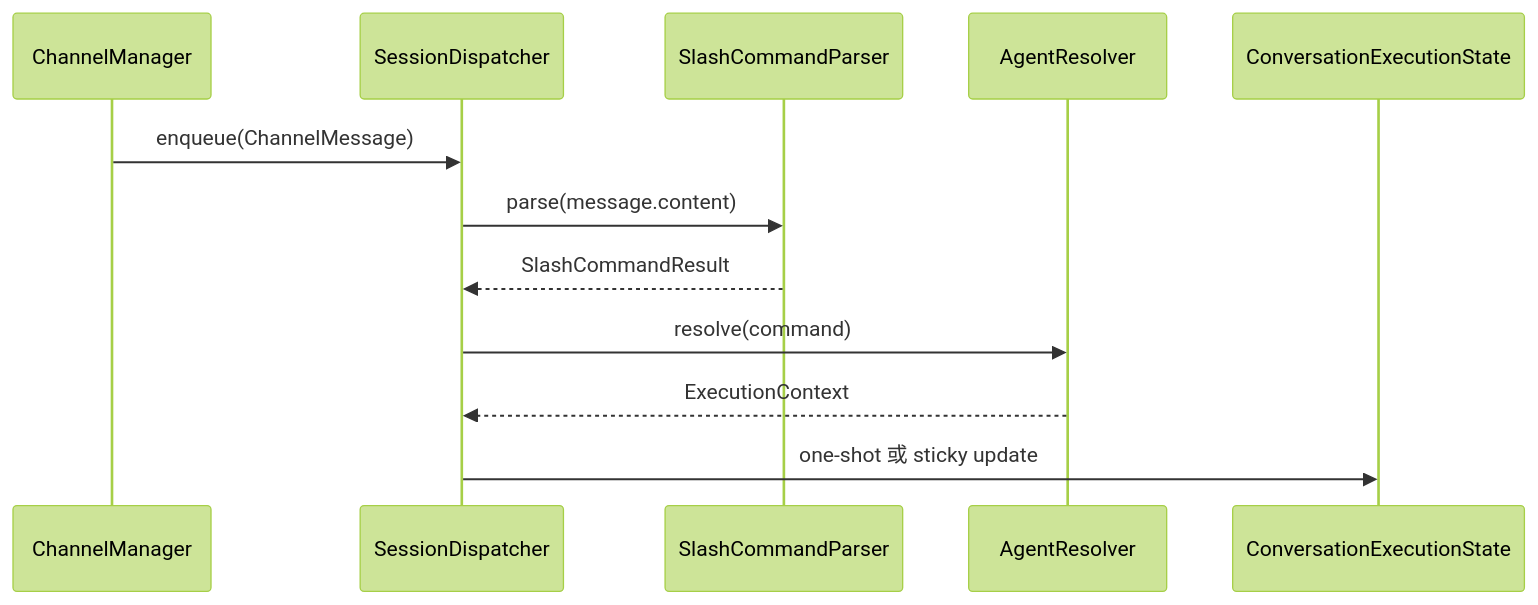
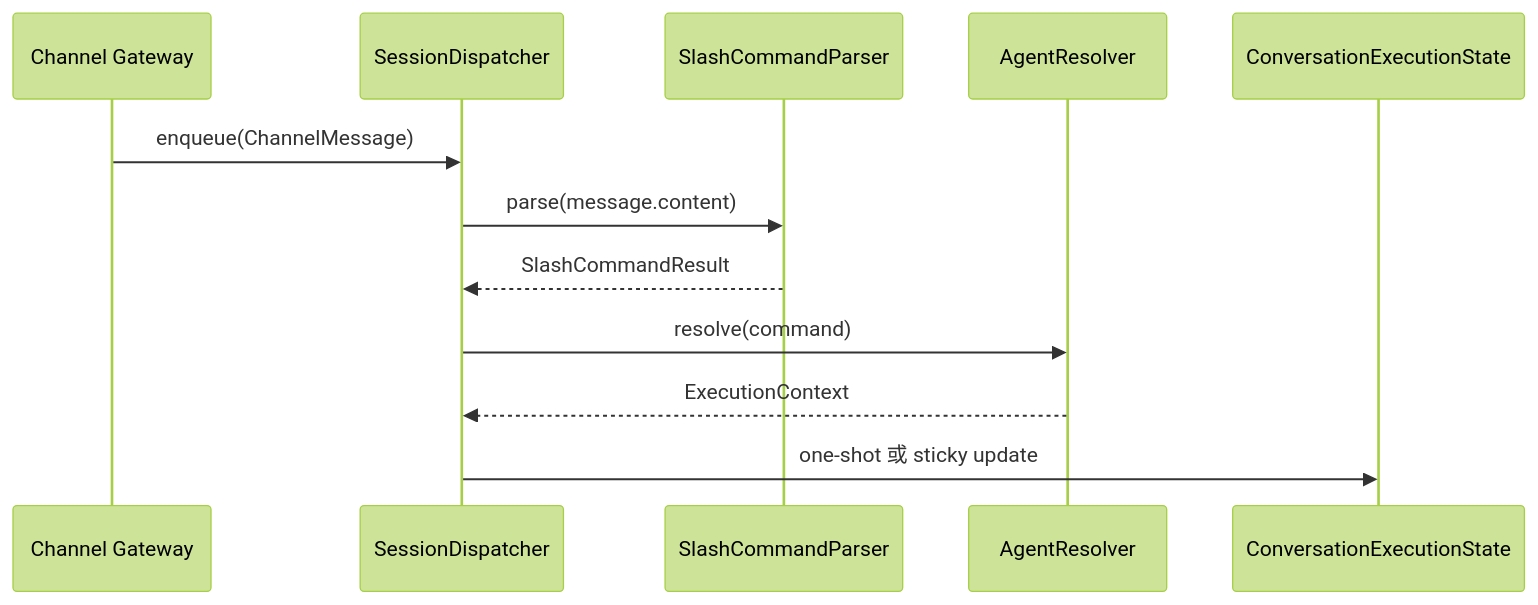
The second of 2 diagrams in docs/architecture/20-message-bus.md (zhuxining/MindClaw), drawn with Mermaid (forest theme) before and after one commit. The commit also changed other lines of this file and 63 other files, not shown here.

````diff
--- a/docs/architecture/20-message-bus.md
+++ b/docs/architecture/20-message-bus.md
@@ -82,15 +87,15 @@
 ```mermaid
 sequenceDiagram
-    participant CM as ChannelManager
+    participant CG as Channel Gateway
     participant SD as SessionDispatcher
     participant CP as SlashCommandParser
     participant AR as AgentResolver
     participant STATE as ConversationExecutionState
 
-    CM->>SD: enqueue(ChannelMessage)
+    CG->>SD: enqueue(ChannelMessage)
     SD->>CP: parse(message.content)
     CP-->>SD: SlashCommandResult
     SD->>AR: resolve(command)
     AR-->>SD: ExecutionContext
     SD->>STATE: one-shot 或 sticky update
 ```
````
